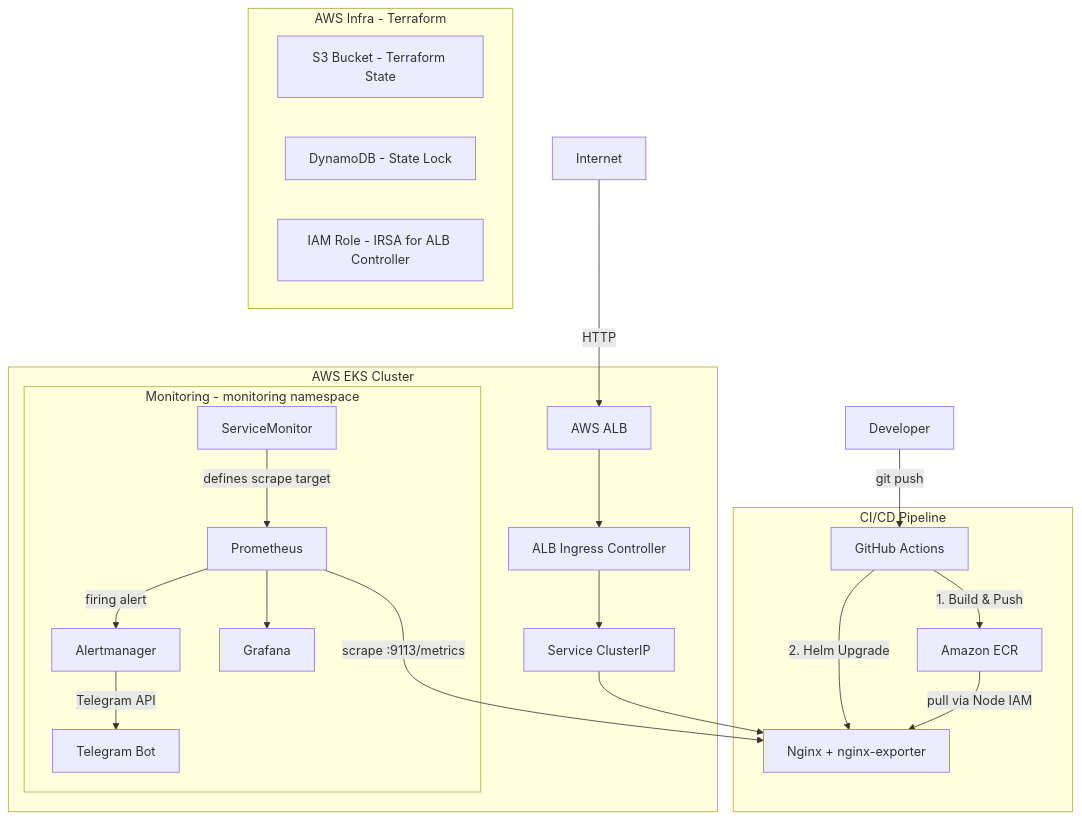
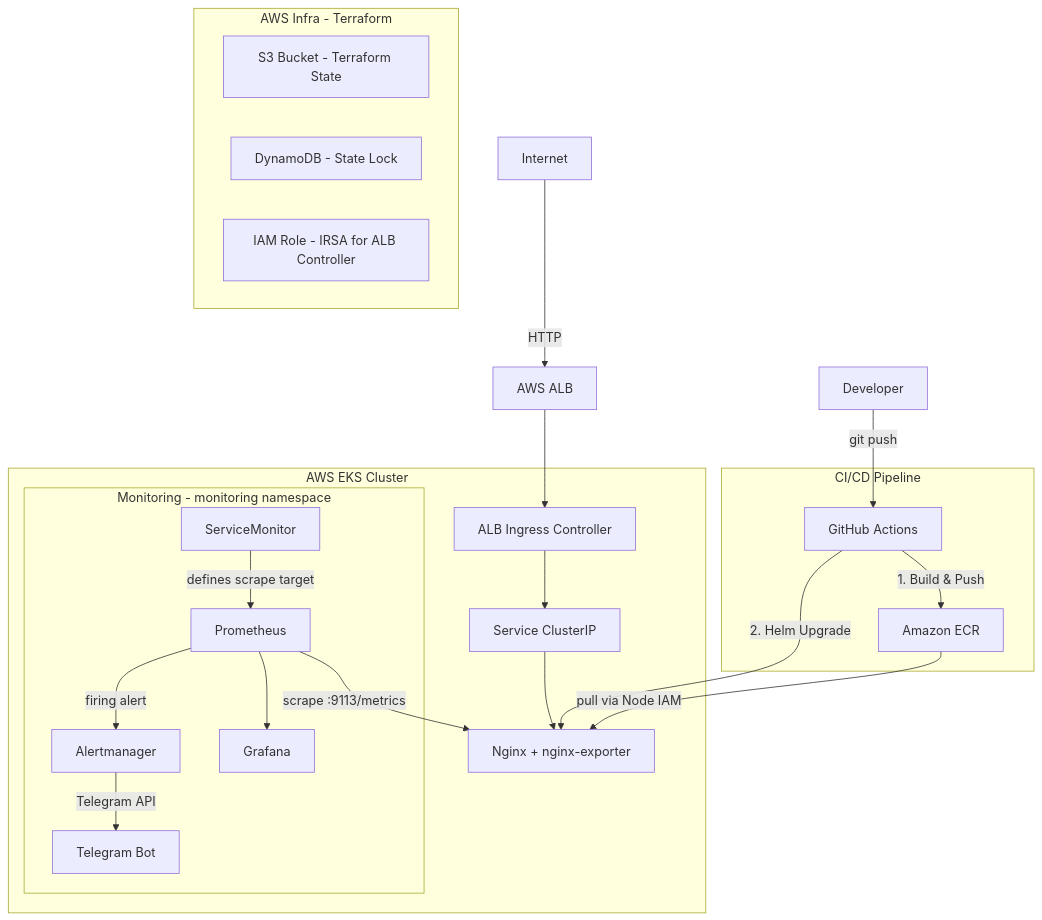
One commit to genos1020/devops-interview-project changed the diagram in README.md. Above: the diagram before and after it, drawn with Mermaid.

Commit message:
調整README

````diff
--- a/README.md
+++ b/README.md
@@ -9,31 +9,32 @@
 ```mermaid
 graph TD
     Dev[Developer] -->|git push| GH[GitHub Actions]
-    Internet[Internet] -->|HTTP| ALB
+    Internet[Internet] -->|HTTP| ALB[AWS ALB]
 
     subgraph CI/CD Pipeline
         GH -->|1. Build & Push| ECR[Amazon ECR]
-        GH -->|2. Helm Upgrade| Pod
     end
 
     subgraph AWS EKS Cluster
-        ALB[AWS ALB] --> Ingress[ALB Ingress Controller]
-        Ingress --> SVC[Service ClusterIP]
+        Ingress[ALB Ingress Controller] --> SVC[Service ClusterIP]
         SVC --> Pod[Nginx + nginx-exporter]
-        ECR -->|pull via Node IAM| Pod
 
         subgraph Monitoring - monitoring namespace
             SM[ServiceMonitor] -->|defines scrape target| Prom[Prometheus]
-            Prom -->|scrape :9113/metrics| Pod
             Prom -->|firing alert| AM[Alertmanager]
             AM -->|Telegram API| TG[Telegram Bot]
             Prom --> Grafana
         end
     end
 
     subgraph AWS Infra - Terraform
         S3[S3 Bucket - Terraform State]
         DDB[DynamoDB - State Lock]
         IAM[IAM Role - IRSA for ALB Controller]
     end
+
+    ALB --> Ingress
+    GH -->|2. Helm Upgrade| Pod
+    ECR -->|pull via Node IAM| Pod
+    Prom -->|scrape :9113/metrics| Pod
 ```
````
